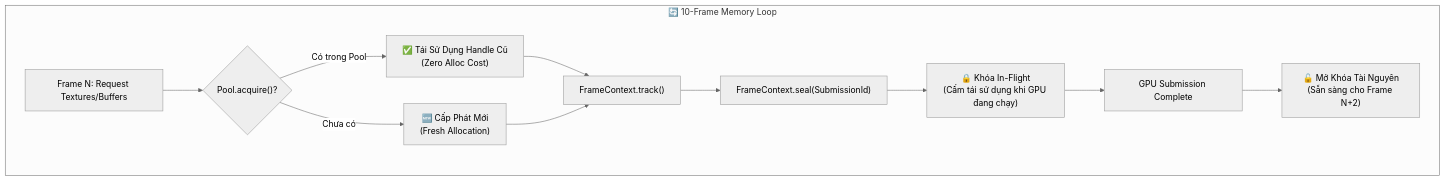
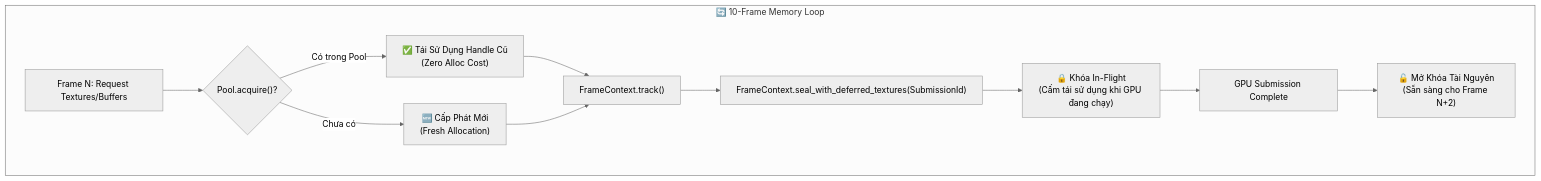
The diagram in crates/ifol-gpu/tests/reports/tc96_memory_pressure_report.md (danphong23/ifol-animation), drawn with Mermaid (neutral theme) before and after one commit. The commit also changed 7 other files, not shown here.

Commit message:
refactor(memory): remove legacy frame seal

````diff
--- a/crates/ifol-gpu/tests/reports/tc96_memory_pressure_report.md
+++ b/crates/ifol-gpu/tests/reports/tc96_memory_pressure_report.md
@@ -21,14 +21,14 @@
 ```mermaid
 flowchart TD
     subgraph Multi_Frame_Simulation["🔄 10-Frame Memory Loop"]
         F0["Frame N: Request Textures/Buffers"] --> ACQ{"Pool.acquire()?"}
         ACQ -->|Có trong Pool| REUSE["✅ Tái Sử Dụng Handle Cũ<br/>(Zero Alloc Cost)"]
         ACQ -->|Chưa có| ALLOC["🆕 Cấp Phát Mới<br/>(Fresh Allocation)"]
         REUSE --> TRACK["FrameContext.track()"]
         ALLOC --> TRACK
-        TRACK --> SEAL["FrameContext.seal(SubmissionId)"]
+        TRACK --> SEAL["FrameContext.seal_with_deferred_textures(SubmissionId)"]
         SEAL --> INFLIGHT["🔒 Khóa In-Flight<br/>(Cấm tái sử dụng khi GPU đang chạy)"]
         INFLIGHT --> COMPLETE["GPU Submission Complete"]
         COMPLETE --> UNLOCK["🔓 Mở Khóa Tài Nguyên<br/>(Sẵn sàng cho Frame N+2)"]
     end
 ```
````
